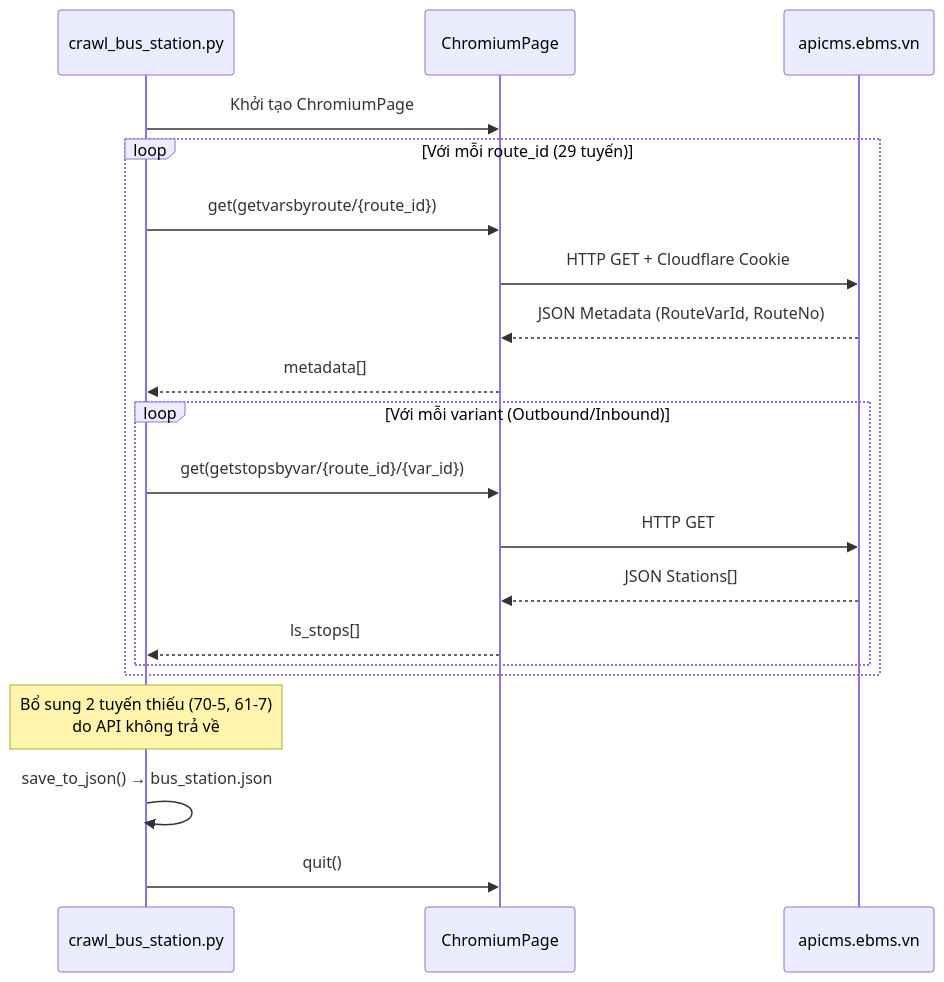
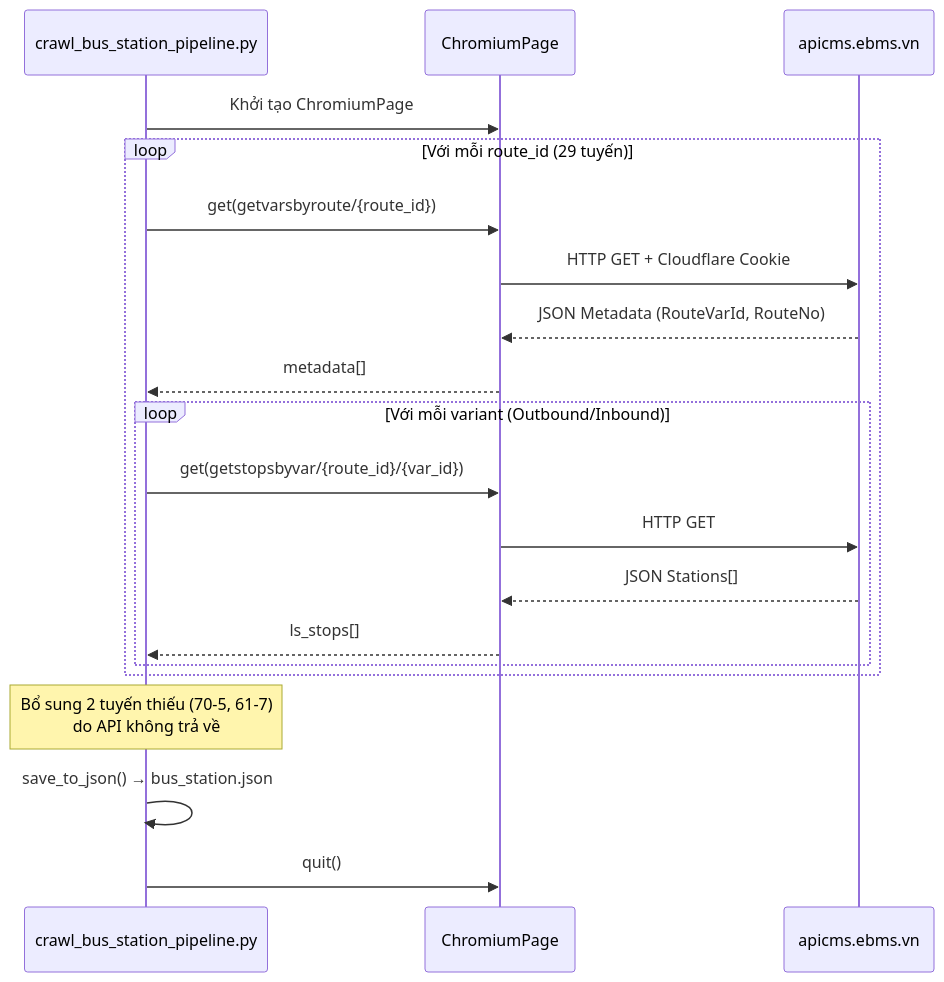
Before and after one commit to ZanissNguyen/Bus-Status-Analysis-Prediction: the second of 4 diagrams in docs/pipeline_detail.md, drawn with Mermaid. The commit also changed other lines of this file and 36 other files, not shown here.

````diff
--- a/docs/pipeline_detail.md
+++ b/docs/pipeline_detail.md
@@ -66,25 +66,25 @@
 ```mermaid
 sequenceDiagram
-    participant Script as crawl_bus_station.py
+    participant Script as crawl_bus_station_pipeline.py
     participant Browser as ChromiumPage
     participant API as apicms.ebms.vn
 
     Script->>Browser: Khởi tạo ChromiumPage
     loop Với mỗi route_id (29 tuyến)
         Script->>Browser: get(getvarsbyroute/{route_id})
         Browser->>API: HTTP GET + Cloudflare Cookie
         API-->>Browser: JSON Metadata (RouteVarId, RouteNo)
         Browser-->>Script: metadata[]
 
         loop Với mỗi variant (Outbound/Inbound)
             Script->>Browser: get(getstopsbyvar/{route_id}/{var_id})
             Browser->>API: HTTP GET
             API-->>Browser: JSON Stations[]
             Browser-->>Script: ls_stops[]
         end
     end
 
     Note over Script: Bổ sung 2 tuyến thiếu (70-5, 61-7)<br/>do API không trả về
     Script->>Script: save_to_json() → bus_station.json
     Script->>Browser: quit()
 ```
````
